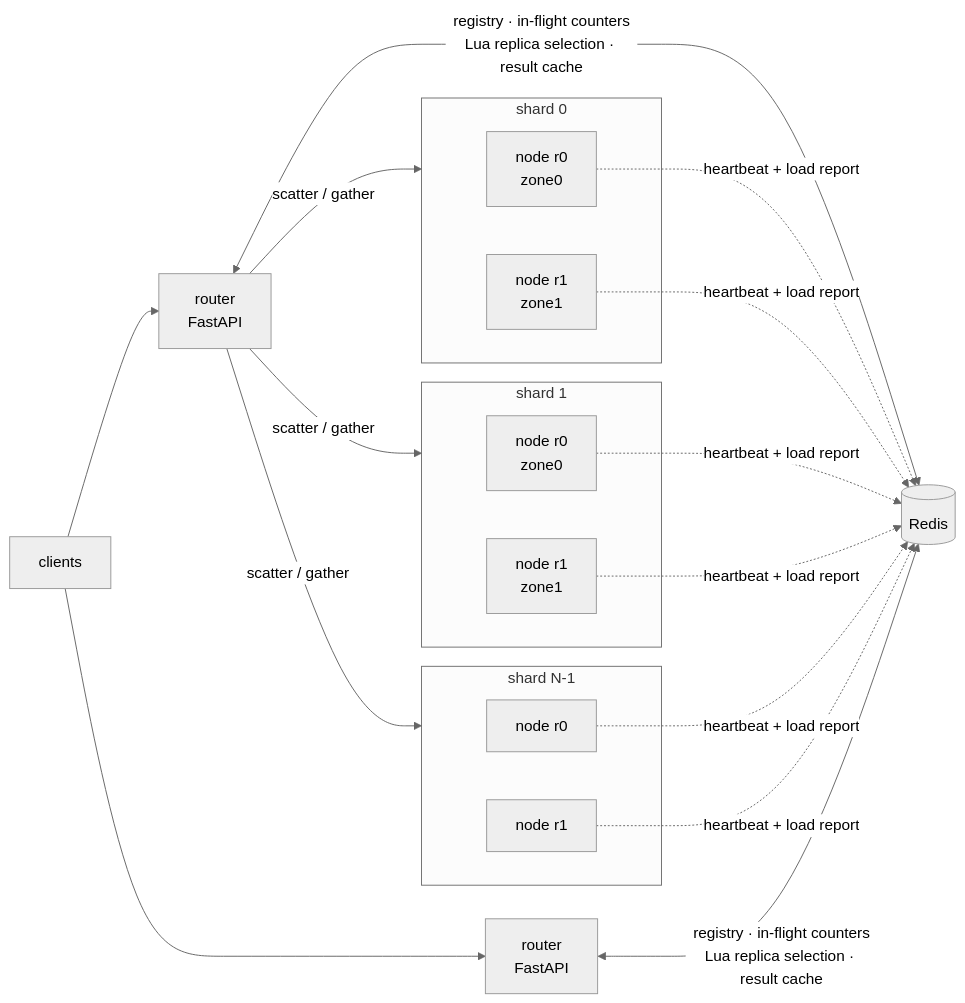
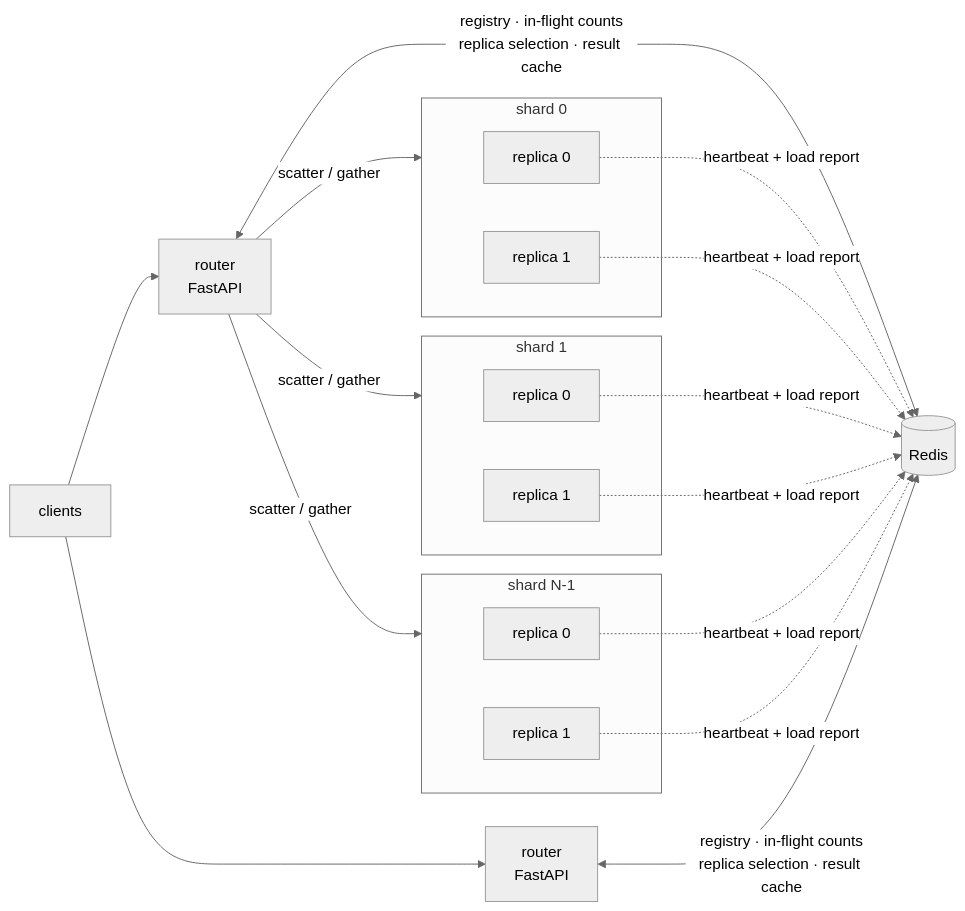
One commit to Ritesh1147/Distributed-Document-Retrieval-System-with-Network-Aware-Optimization changed the diagram in README.md. Above: the diagram before and after it, drawn with Mermaid (neutral theme). The commit also changed other lines of this file and 2 other files, not shown here.

````diff
--- a/README.md
+++ b/README.md
@@ -9,20 +36,20 @@
 ```mermaid
 flowchart LR
     C[clients] --> R1[router<br/>FastAPI]
     C --> R2[router<br/>FastAPI]
-    R1 & R2 <-->|registry · in-flight counters<br/>Lua replica selection · result cache| RD[(Redis)]
+    R1 & R2 <-->|registry · in-flight counts<br/>replica selection · result cache| RD[(Redis)]
     subgraph shard0 [shard 0]
-      N00[node r0<br/>zone0]
-      N01[node r1<br/>zone1]
+      N00[replica 0]
+      N01[replica 1]
     end
     subgraph shard1 [shard 1]
-      N10[node r0<br/>zone0]
-      N11[node r1<br/>zone1]
+      N10[replica 0]
+      N11[replica 1]
     end
     subgraph shardN [shard N-1]
-      NN0[node r0]
-      NN1[node r1]
+      NN0[replica 0]
+      NN1[replica 1]
     end
     R1 -->|scatter / gather| shard0 & shard1 & shardN
     N00 & N01 & N10 & N11 & NN0 & NN1 -.->|heartbeat + load report| RD
 ```
````
